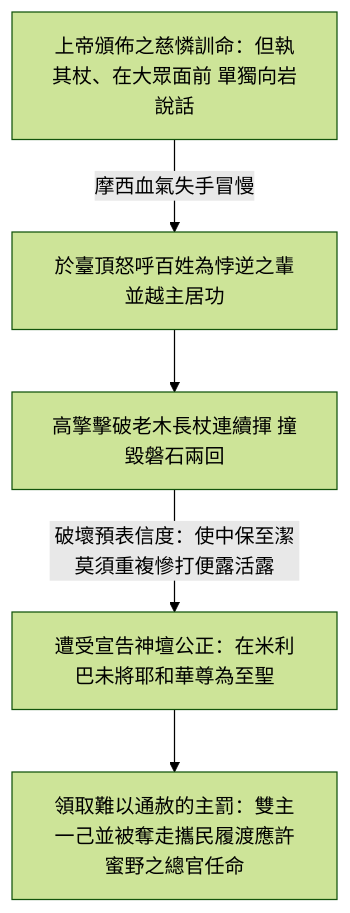
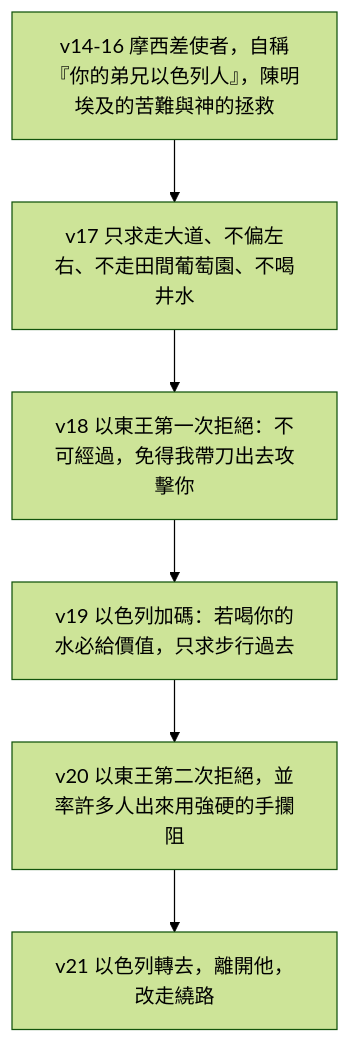
One commit to andyjr5566/Bible_wiki_zh_website changed the diagram in content/04 民數記/第20章.md. Above: the diagram before and after it, drawn with Mermaid (forest theme). The commit also changed other lines of this file and 517 other files, not shown here.

````diff
--- a/content/04 民數記/第20章.md
+++ b/content/04 民數記/第20章.md
@@ -79,7 +132,8 @@
 ```mermaid
 flowchart TD
-    A["上帝頒佈之慈憐訓命：但執其杖、在大眾面前 單獨向岩說話"] -->|摩西血氣失手冒慢| B["於臺頂怒呼百姓為悖逆之輩並越主居功"]
-    B --> C["高擎擊破老木長杖連續揮 撞毀磐石兩回"]
-    C -->|破壞預表信度：使中保至潔莫須重複慘打便露活露| D["遭受宣告神壇公正：在米利巴未將耶和華尊為至聖"]
-    D --> E["領取難以通赦的主罰：雙主一己並被奪走攜民履渡應許蜜野之總官任命"]
+    A["v14-16 摩西差使者，自稱『你的弟兄以色列人』，陳明埃及的苦難與神的拯救"] --> B["v17 只求走大道、不偏左右、不走田間葡萄園、不喝井水"]
+    B --> C["v18 以東王第一次拒絕：不可經過，免得我帶刀出去攻擊你"]
+    C --> D["v19 以色列加碼：若喝你的水必給價值，只求步行過去"]
+    D --> E["v20 以東王第二次拒絕，並率許多人出來用強硬的手攔阻"]
+    E --> F["v21 以色列轉去，離開他，改走繞路"]
 ```
````
